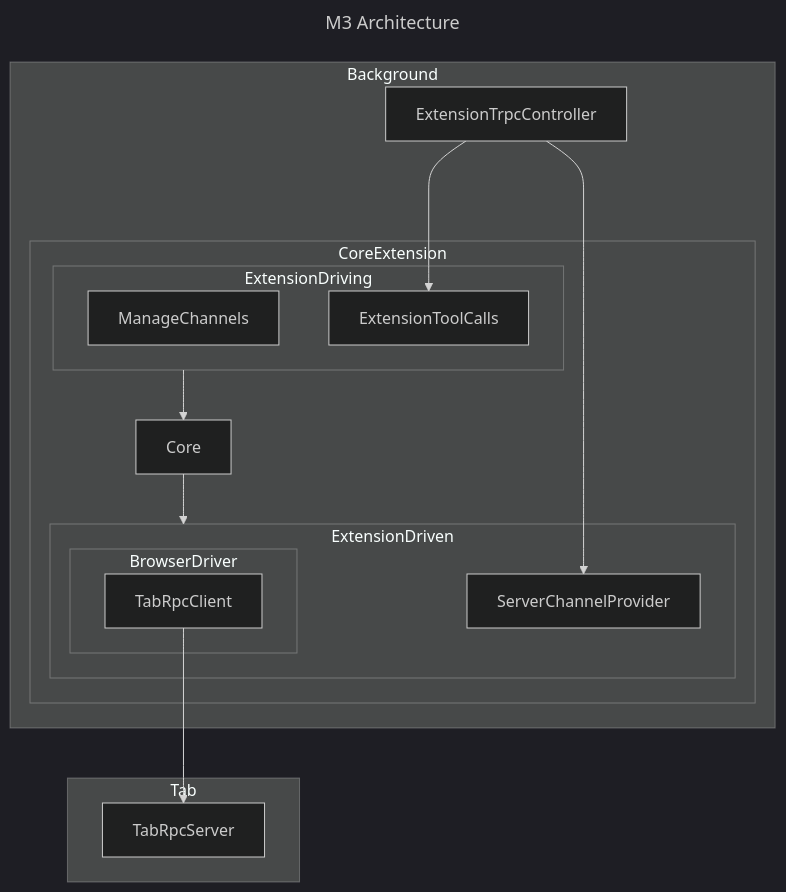
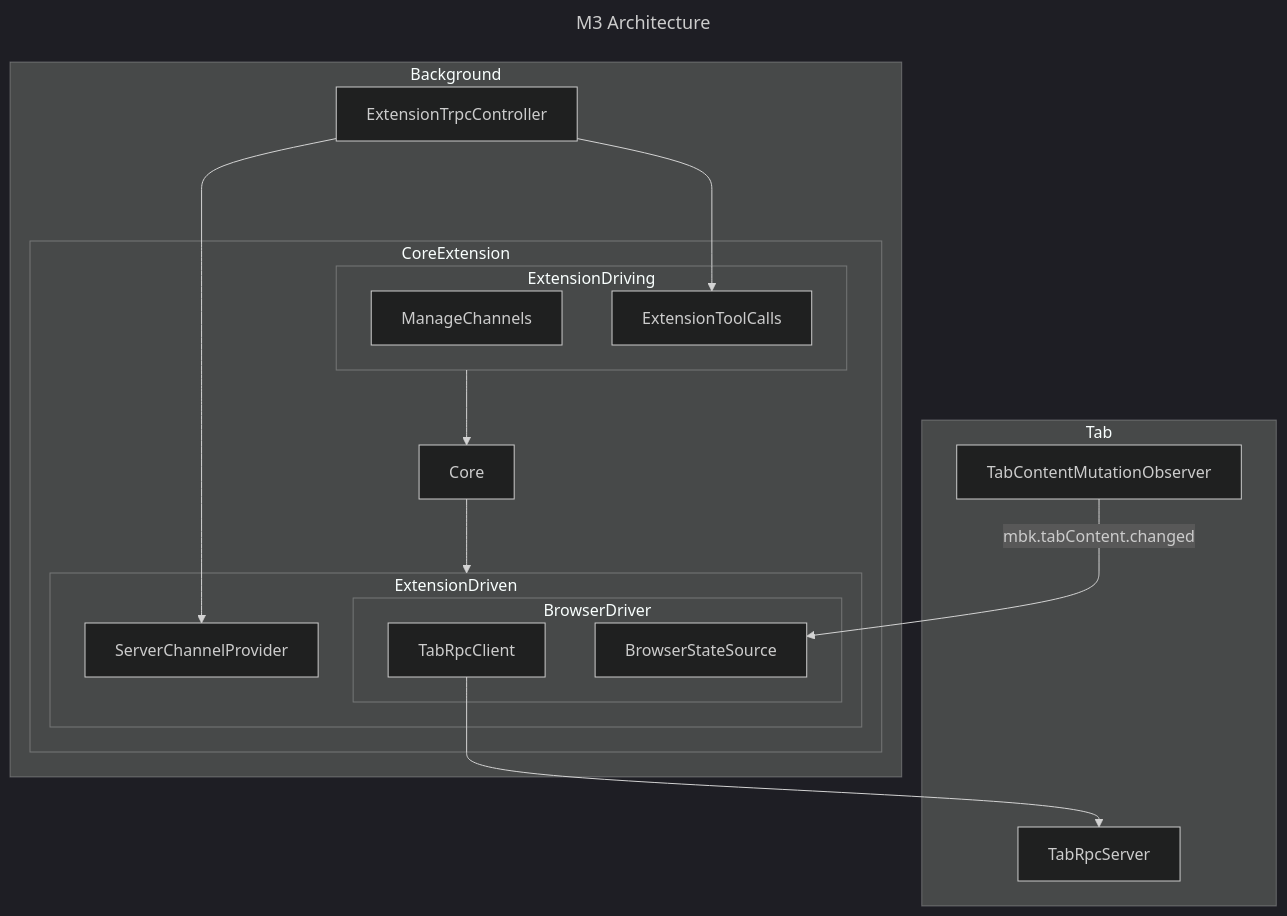
One commit to ndthanhdev/mcp-browser-kit changed the fifth of 5 diagrams in docs/architecture.md. Above: the diagram before and after it, drawn with Mermaid (dark theme). The commit also changed other lines of this file and 46 other files, not shown here.

````diff
--- a/docs/architecture.md
+++ b/docs/architecture.md
@@ -142,39 +156,42 @@
 ```mermaid
 ---
 title: M3 Architecture
 ---
 flowchart TD
   subgraph Background["Background"]
     ExtensionTrpcController["ExtensionTrpcController"]
     CoreExtension
   end
 
   subgraph Tab
     TabRpcServer
+    TabContentMutationObserver
   end
   subgraph BrowserDriver["BrowserDriver"]
     TabRpcClient
+    BrowserStateSource
   end
 
   subgraph ExtensionDriving["ExtensionDriving"]
     ManageChannels
     ExtensionToolCalls
   end
 
   subgraph ExtensionDriven["ExtensionDriven"]
     BrowserDriver
     ServerChannelProvider
   end
 
   subgraph CoreExtension["CoreExtension"]
     ExtensionDriving
     Core
     ExtensionDriven
   end
 
   ExtensionTrpcController -----> ServerChannelProvider
   ExtensionTrpcController ---> ExtensionToolCalls
   ExtensionDriving --> Core
   Core --> ExtensionDriven
   TabRpcClient --> TabRpcServer
+  TabContentMutationObserver -->|"mbk.tabContent.changed"| BrowserStateSource
 ```
````
